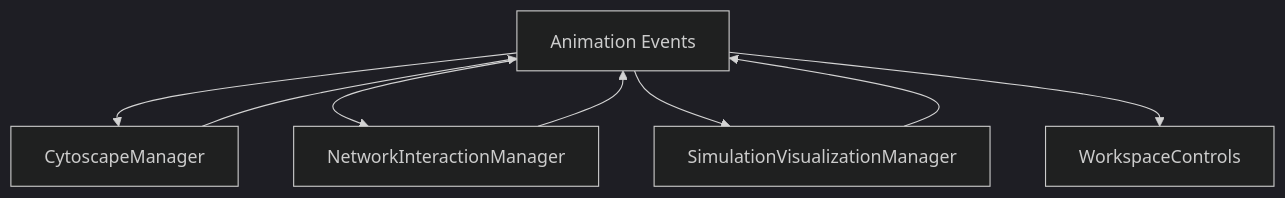
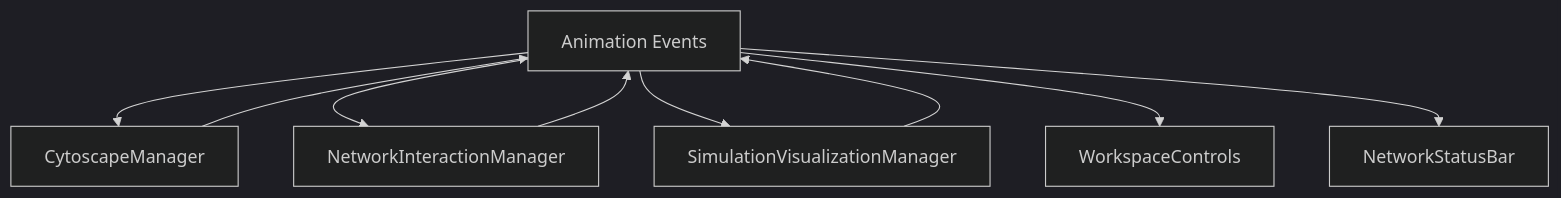
The diagram in memory-bank/implementation-details/workspace-refactoring-plan.md (space-cadet/spin_network_app), drawn with Mermaid (dark theme) before and after one commit. The commit also changed other lines of this file, not shown here.

Commit message:
Updated workspace refactoring plan to incorporate Claude's suggestions (via Claude)

````diff
--- a/memory-bank/implementation-details/workspace-refactoring-plan.md
+++ b/memory-bank/implementation-details/workspace-refactoring-plan.md
@@ -93,10 +123,11 @@
    ```mermaid
    graph TD
      Workspace.tsx --> CytoscapeManager
      Workspace.tsx --> NetworkInteractionManager
      Workspace.tsx --> SimulationVisualizationManager
      Workspace.tsx --> WorkspaceControls
+     Workspace.tsx --> NetworkStatusBar
      CytoscapeManager --> Workspace.tsx[Viewport/Zoom Events]
      NetworkInteractionManager --> Workspace.tsx[Selection/Creation Events]
      SimulationVisualizationManager --> Workspace.tsx[Animation Events]
    ```
````
